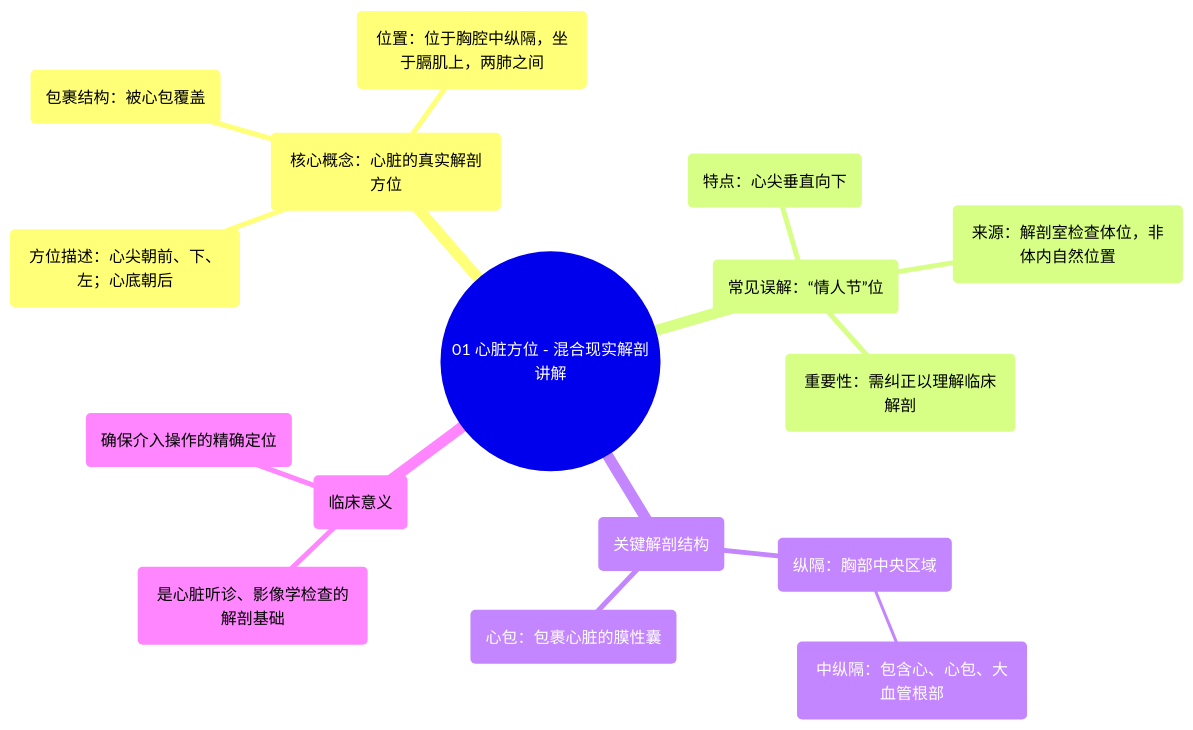
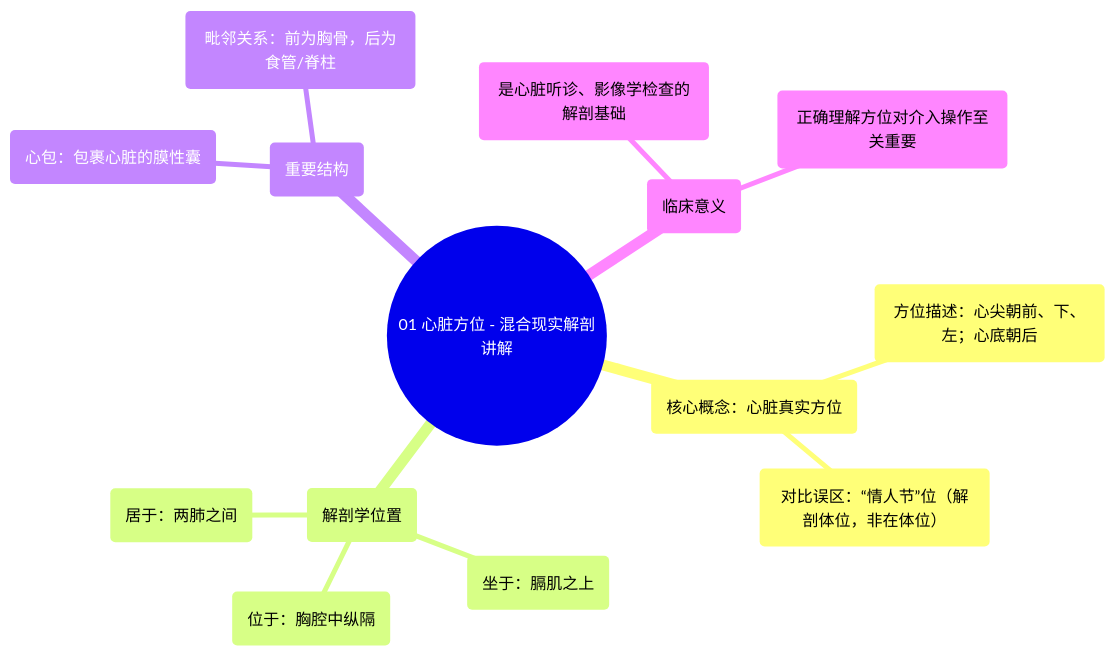
The diagram in docs/专辑 01：心脏解剖学实景课 (Heart Anatomy - Course)/01 Heart Orientation - Anatomy Explained in Mixed Reality.md (hello-47777/xinxueguan), drawn with Mermaid before and after one commit. The commit also changed other lines of this file and 19 other files, not shown here.

````diff
--- a/docs/专辑 01：心脏解剖学实景课 (Heart Anatomy - Course)/01 Heart Orientation - Anatomy Explained in Mixed Reality.md
+++ b/docs/专辑 01：心脏解剖学实景课 (Heart Anatomy - Course)/01 Heart Orientation - Anatomy Explained in Mixed Reality.md
@@ -41,19 +42,17 @@
 ```mermaid
 mindmap
   root(("01 心脏方位 - 混合现实解剖讲解"))
-    ("核心概念：心脏的真实解剖方位")
+    ("核心概念：心脏真实方位")
       ("方位描述：心尖朝前、下、左；心底朝后")
-      ("位置：位于胸腔中纵隔，坐于膈肌上，两肺之间")
-      ("包裹结构：被心包覆盖")
-    ("常见误解：“情人节”位")
-      ("特点：心尖垂直向下")
-      ("来源：解剖室检查体位，非体内自然位置")
-      ("重要性：需纠正以理解临床解剖")
-    ("关键解剖结构")
-      ("纵隔：胸部中央区域")
-        ("中纵隔：包含心、心包、大血管根部")
+      ("对比误区：“情人节”位（解剖体位，非在体位）")
+    ("解剖学位置")
+      ("位于：胸腔中纵隔")
+      ("坐于：膈肌之上")
+      ("居于：两肺之间")
+    ("重要结构")
       ("心包：包裹心脏的膜性囊")
+      ("毗邻关系：前为胸骨，后为食管/脊柱")
     ("临床意义")
       ("是心脏听诊、影像学检查的解剖基础")
-      ("确保介入操作的精确定位")
+      ("正确理解方位对介入操作至关重要")
 ```
````
